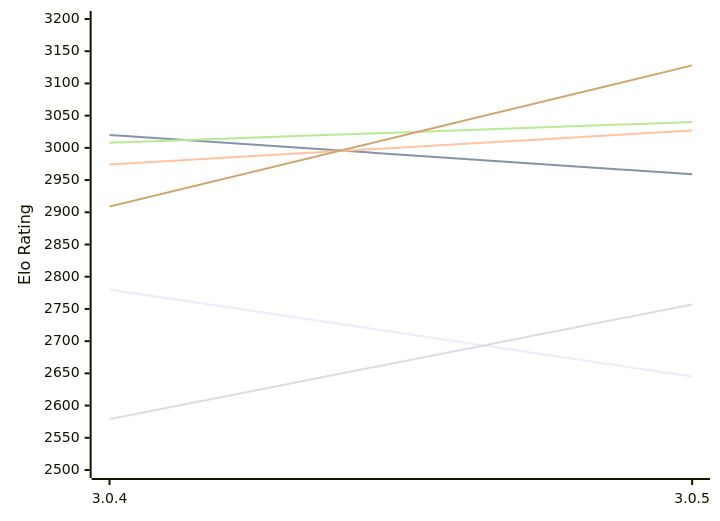
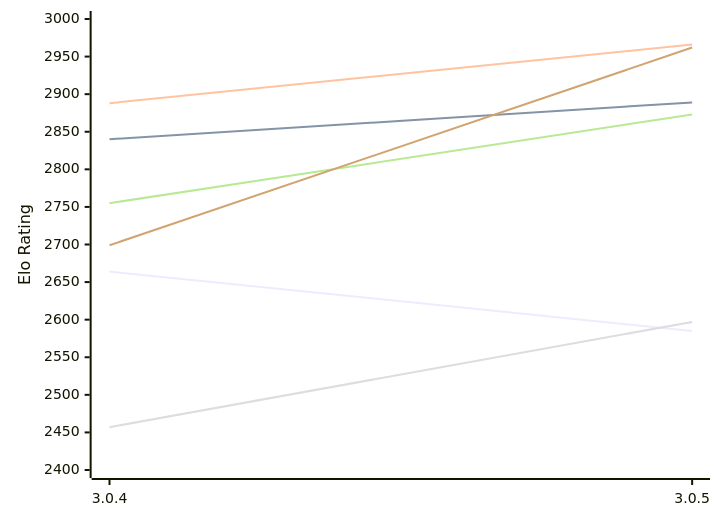
The first of 2 diagrams in engines/Rudim.md (computer-chess-index/cci), drawn with Mermaid before and after one commit. The commit also changed other lines of this file, not shown here.

Commit message:
Update CCI Ratings (ELO VLTC) - 2026-11-13

````diff
--- a/engines/Rudim.md
+++ b/engines/Rudim.md
@@ -59,12 +59,12 @@
 ```mermaid
 %%{init: {"theme":"base","themeVariables":{"seriesColors:['#a3a3a3','#222221','#faa371']}}}%%
 xychart-beta
   x-axis ["3.0.4", "3.0.5"]
-  y-axis "Elo Rating" 2500 --> 3200
-  line "E1: STC (8.0+0.08s)" [2780, 2645]
-  line "E1: LTC (60.0+0.60s)" [3020, 2959]
-  line "E1: VLTC (2m24s+1.12s)" [2974, 3027]
-  line "P1: STC (8.0+0.08s)" [2579, 2757]
-  line "P1: LTC (60.0+0.60s)" [3008, 3040]
-  line "P1: VLTC (2m24s+1.12s)" [2909, 3128]
+  y-axis "Elo Rating" 2400 --> 3000
+  line "E1: STC (8.0+0.08s)" [2664, 2585]
+  line "E1: LTC (60.0+0.60s)" [2840, 2889]
+  line "E1: VLTC (2m24s+1.12s)" [2888, 2966]
+  line "P1: STC (8.0+0.08s)" [2457, 2597]
+  line "P1: LTC (60.0+0.60s)" [2755, 2873]
+  line "P1: VLTC (2m24s+1.12s)" [2699, 2962]
 ```
````
